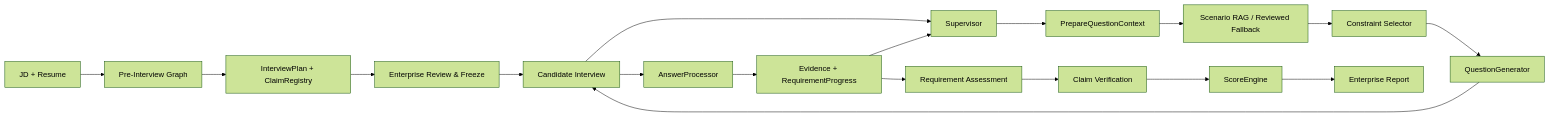
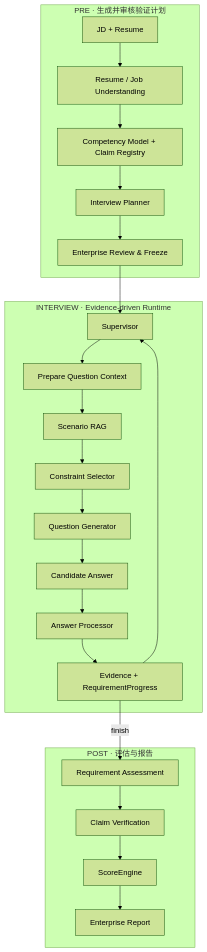
One commit to hr-huang/AI_Interview changed the diagram in README.md. Above: the diagram before and after it, drawn with Mermaid (forest theme). The commit also changed other lines of this file, not shown here.

````diff
--- a/README.md
+++ b/README.md
@@ -114,23 +164,29 @@
 ```mermaid
-flowchart LR
-    A[JD + Resume] --> B[Pre-Interview Graph]
-    B --> C[InterviewPlan + ClaimRegistry]
-    C --> D[Enterprise Review & Freeze]
-    D --> E[Candidate Interview]
+flowchart TB
+    subgraph PRE["PRE · 生成并审核验证计划"]
+        A1[JD + Resume] --> A2[Resume / Job Understanding]
+        A2 --> A3[Competency Model + Claim Registry]
+        A3 --> A4[Interview Planner]
+        A4 --> A5[Enterprise Review & Freeze]
+    end
 
-    E --> F[Supervisor]
-    F --> G[PrepareQuestionContext]
-    G --> H[Scenario RAG / Reviewed Fallback]
-    H --> I[Constraint Selector]
-    I --> J[QuestionGenerator]
-    J --> E
+    subgraph INT["INTERVIEW · Evidence-driven Runtime"]
+        B1[Supervisor] --> B2[Prepare Question Context]
+        B2 --> B3[Scenario RAG]
+        B3 --> B4[Constraint Selector]
+        B4 --> B5[Question Generator]
+        B5 --> B6[Candidate Answer]
+        B6 --> B7[Answer Processor]
+        B7 --> B8[Evidence + RequirementProgress]
+        B8 --> B1
+    end
 
-    E --> K[AnswerProcessor]
-    K --> L[Evidence + RequirementProgress]
-    L --> F
+    subgraph POST["POST · 评估与报告"]
+        C1[Requirement Assessment] --> C2[Claim Verification]
+        C2 --> C3[ScoreEngine]
+        C3 --> C4[Enterprise Report]
+    end
 
-    L --> M[Requirement Assessment]
-    M --> N[Claim Verification]
-    N --> O[ScoreEngine]
-    O --> P[Enterprise Report]
+    A5 --> B1
+    B8 -->|finish| C1
 ```
````
